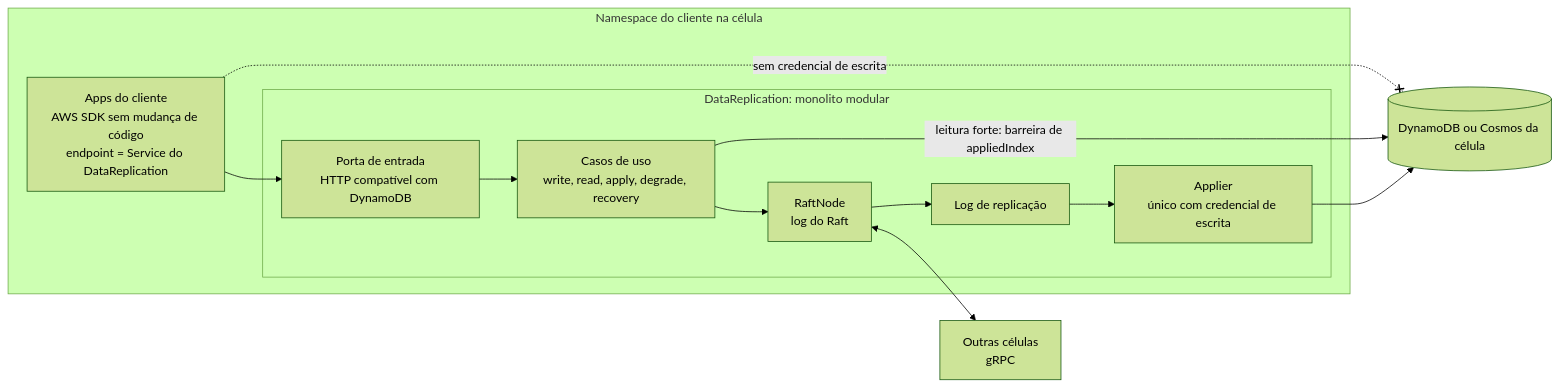
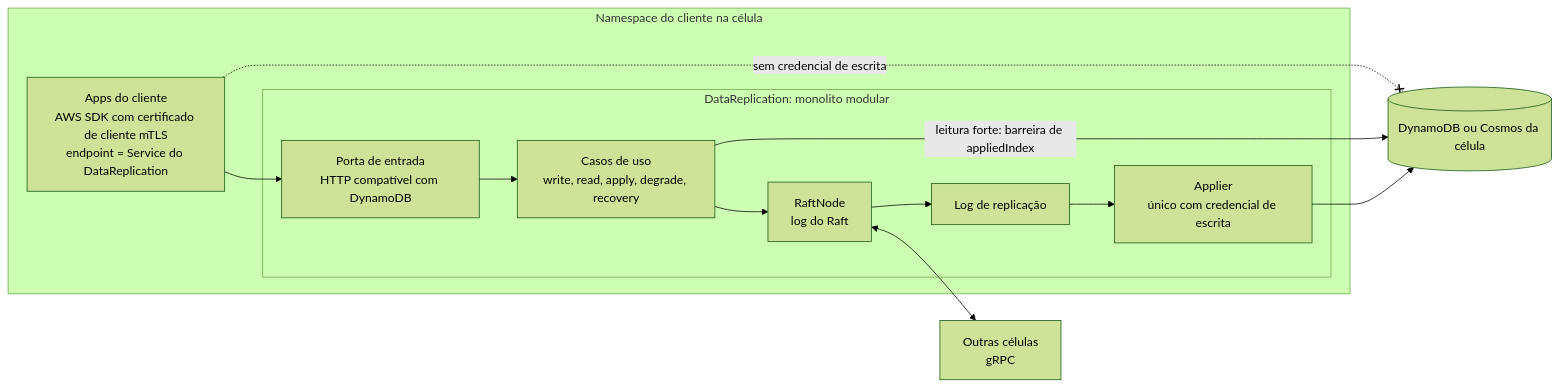
The diagram in 02_cenarios/atualizados/C02-dentro-da-celula.md (brbarmex/k), drawn with Mermaid (forest theme) before and after one commit. The commit also changed other lines of this file and 139 other files, not shown here.

First line of the commit message:
Adiciona DataReplication v1: pacote de arquitetura com as decisões da revisão crítica de 13/10

````diff
--- a/02_cenarios/atualizados/C02-dentro-da-celula.md
+++ b/02_cenarios/atualizados/C02-dentro-da-celula.md
@@ -11,21 +11,21 @@
 ```mermaid
 flowchart LR
     subgraph NS["Namespace do cliente na célula"]
-        APPS["Apps do cliente<br/>AWS SDK sem mudança de código<br/>endpoint = Service do DataReplication"]
+        APPS["Apps do cliente<br/>AWS SDK com certificado de cliente mTLS<br/>endpoint = Service do DataReplication"]
         subgraph DR["DataReplication: monolito modular"]
             API["Porta de entrada<br/>HTTP compatível com DynamoDB"]
             UC["Casos de uso<br/>write, read, apply, degrade, recovery"]
             RAFT["RaftNode<br/>log do Raft"]
             REPL["Log de replicação"]
             APL["Applier<br/>único com credencial de escrita"]
         end
     end
     APPS --> API --> UC
     UC --> RAFT
     RAFT --> REPL
     REPL --> APL
     APL --> DB[("DynamoDB ou Cosmos da célula")]
     UC -- "leitura forte: barreira de appliedIndex" --> DB
     APPS -. "sem credencial de escrita" .-x DB
     RAFT <--> PEERS["Outras células<br/>gRPC"]
 ```
````
